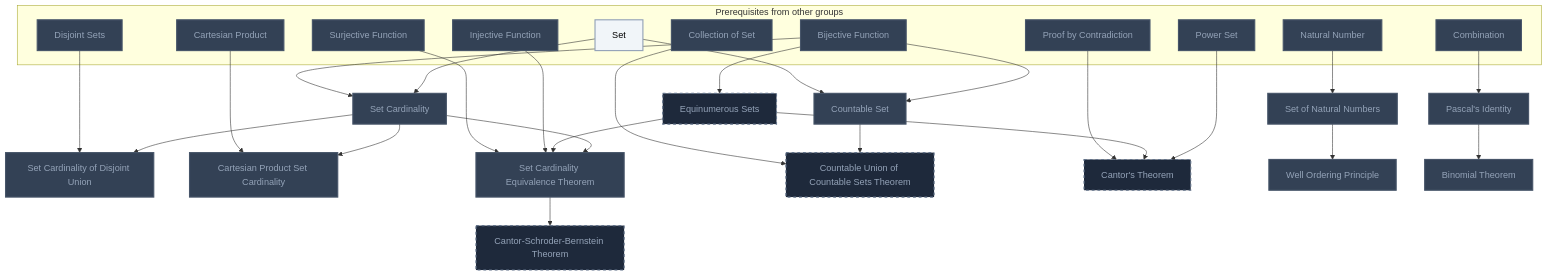
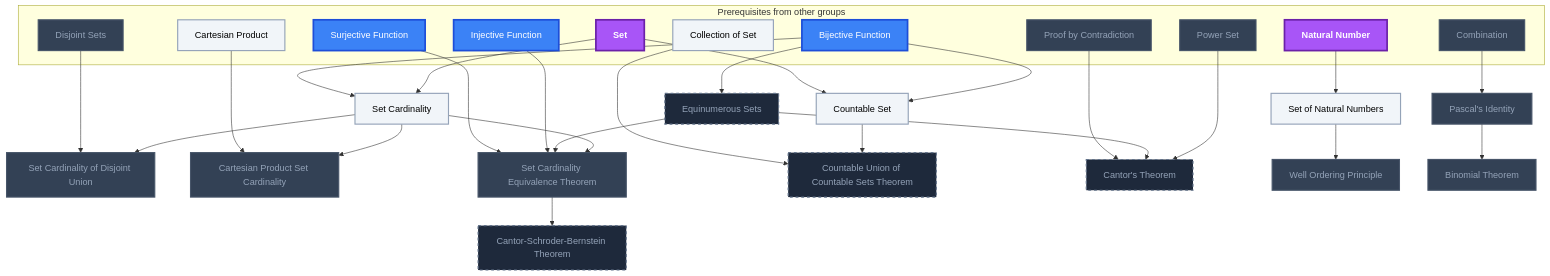
The seventh of 7 diagrams in Gamification/Skill Trees/Discrete Mathematics.md (MRauf1/My-Notes), drawn with Mermaid before and after one commit. The commit also changed other lines of this file and 156 other files, not shown here.

````diff
--- a/Gamification/Skill Trees/Discrete Mathematics.md
+++ b/Gamification/Skill Trees/Discrete Mathematics.md
@@ -417,65 +430,67 @@
 ```mermaid
 flowchart TD
     classDef planned fill:#1E293B,stroke:#64748B,stroke-width:2px,stroke-dasharray:5 5,color:#94A3B8;
     classDef locked fill:#334155,stroke:#475569,stroke-width:2px,color:#94A3B8;
     classDef L0 fill:#F1F5F9,stroke:#94A3B8,stroke-width:2px,color:#000000;
     classDef L1 fill:#22C55E,stroke:#15803D,stroke-width:2px,color:#000000;
     classDef L2 fill:#3B82F6,stroke:#1D4ED8,stroke-width:3px,color:#FFFFFF;
     classDef L3 fill:#A855F7,stroke:#6B21A8,stroke-width:3px,color:#FFFFFF,font-weight:bold;
     classDef L4 fill:#F97316,stroke:#C2410C,stroke-width:4px,color:#000000,font-weight:bold;
     classDef L5 fill:#FFD700,stroke:#FF8C00,stroke-width:5px,color:#000000,font-weight:bold;
     classDef rusty stroke:#8B4513,stroke-width:4px,stroke-dasharray:3 3;
     subgraph sg_prereqs["Prerequisites from other groups"]
         n_set["Set"]
         n_bijective_function["Bijective Function"]
         n_disjoint_sets["Disjoint Sets"]
         n_cartesian_product["Cartesian Product"]
         n_injective_function["Injective Function"]
         n_surjective_function["Surjective Function"]
         n_collection_of_set["Collection of Set"]
         n_power_set["Power Set"]
         n_proof_by_contradiction["Proof by Contradiction"]
         n_natural_number["Natural Number"]
         n_combination["Combination"]
     end
     n_set_cardinality["Set Cardinality"]
     n_set_cardinality_of_disjoint_union["Set Cardinality of Disjoint Union"]
     n_cartesian_product_set_cardinality["Cartesian Product Set Cardinality"]
     n_equinumerous_sets["Equinumerous Sets"]
     n_set_cardinality_equivalence_theorem["Set Cardinality Equivalence Theorem"]
     n_countable_union_of_countable_sets_theorem["Countable Union of Countable Sets Theorem"]
     n_cantor_s_theorem["Cantor's Theorem"]
     n_cantor_schroder_bernstein_theorem["Cantor-Schroder-Bernstein Theorem"]
     n_set_of_natural_numbers["Set of Natural Numbers"]
     n_well_ordering_principle["Well Ordering Principle"]
     n_pascal_s_identity["Pascal's Identity"]
     n_binomial_theorem["Binomial Theorem"]
     n_countable_set["Countable Set"]
     n_set --> n_set_cardinality
     n_bijective_function --> n_set_cardinality
     n_set_cardinality --> n_set_cardinality_of_disjoint_union
     n_disjoint_sets --> n_set_cardinality_of_disjoint_union
     n_set_cardinality --> n_cartesian_product_set_cardinality
     n_cartesian_product --> n_cartesian_product_set_cardinality
     n_bijective_function --> n_equinumerous_sets
     n_set_cardinality --> n_set_cardinality_equivalence_theorem
     n_equinumerous_sets --> n_set_cardinality_equivalence_theorem
     n_injective_function --> n_set_cardinality_equivalence_theorem
     n_surjective_function --> n_set_cardinality_equivalence_theorem
     n_countable_set --> n_countable_union_of_countable_sets_theorem
     n_collection_of_set --> n_countable_union_of_countable_sets_theorem
     n_power_set --> n_cantor_s_theorem
     n_equinumerous_sets --> n_cantor_s_theorem
     n_proof_by_contradiction --> n_cantor_s_theorem
     n_set_cardinality_equivalence_theorem --> n_cantor_schroder_bernstein_theorem
     n_natural_number --> n_set_of_natural_numbers
     n_set_of_natural_numbers --> n_well_ordering_principle
     n_combination --> n_pascal_s_identity
     n_pascal_s_identity --> n_binomial_theorem
     n_bijective_function --> n_countable_set
     n_set --> n_countable_set
     class n_equinumerous_sets,n_countable_union_of_countable_sets_theorem,n_cantor_s_theorem,n_cantor_schroder_bernstein_theorem planned;
-    class n_bijective_function,n_disjoint_sets,n_cartesian_product,n_injective_function,n_surjective_function,n_collection_of_set,n_power_set,n_proof_by_contradiction,n_natural_number,n_combination,n_set_cardinality,n_set_cardinality_of_disjoint_union,n_cartesian_product_set_cardinality,n_set_cardinality_equivalence_theorem,n_set_of_natural_numbers,n_well_ordering_principle,n_pascal_s_identity,n_binomial_theorem,n_countable_set locked;
-    class n_set L0;
+    class n_disjoint_sets,n_power_set,n_proof_by_contradiction,n_combination,n_set_cardinality_of_disjoint_union,n_cartesian_product_set_cardinality,n_set_cardinality_equivalence_theorem,n_well_ordering_principle,n_pascal_s_identity,n_binomial_theorem locked;
+    class n_cartesian_product,n_collection_of_set,n_set_cardinality,n_set_of_natural_numbers,n_countable_set L0;
+    class n_bijective_function,n_injective_function,n_surjective_function L2;
+    class n_set,n_natural_number L3;
     class n_set,n_bijective_function,n_disjoint_sets,n_cartesian_product,n_injective_function,n_surjective_function,n_collection_of_set,n_power_set,n_proof_by_contradiction,n_natural_number,n_combination,n_set_cardinality,n_set_cardinality_of_disjoint_union,n_cartesian_product_set_cardinality,n_set_cardinality_equivalence_theorem,n_set_of_natural_numbers,n_well_ordering_principle,n_pascal_s_identity,n_binomial_theorem,n_countable_set internal-link;
 ```
````
